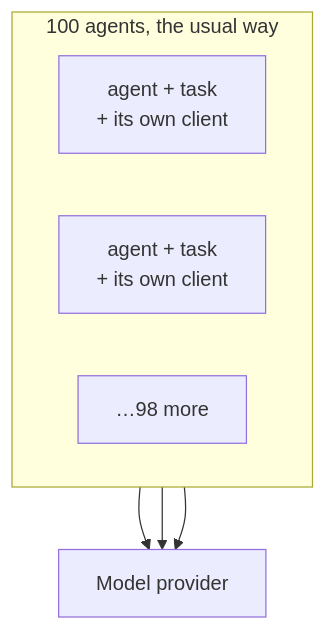
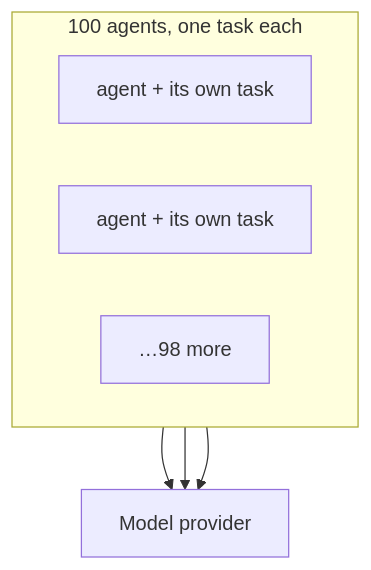
The third of 5 diagrams in docs/content/engine.md (GEMISIS/leviath), drawn with Mermaid before and after one commit. The commit also changed other lines of this file, not shown here.

````diff
--- a/docs/content/engine.md
+++ b/docs/content/engine.md
@@ -77,12 +96,12 @@
 ```mermaid
 flowchart TB
-  subgraph TRAD["100 agents, the usual way"]
+  subgraph TRAD["100 agents, one task each"]
     direction LR
-    T1["agent + task<br/>+ its own client"]
-    T2["agent + task<br/>+ its own client"]
+    T1["agent + its own task"]
+    T2["agent + its own task"]
     T3["…98 more"]
   end
   T1 --> API["Model provider"]
   T2 --> API
   T3 --> API
 ```
````
